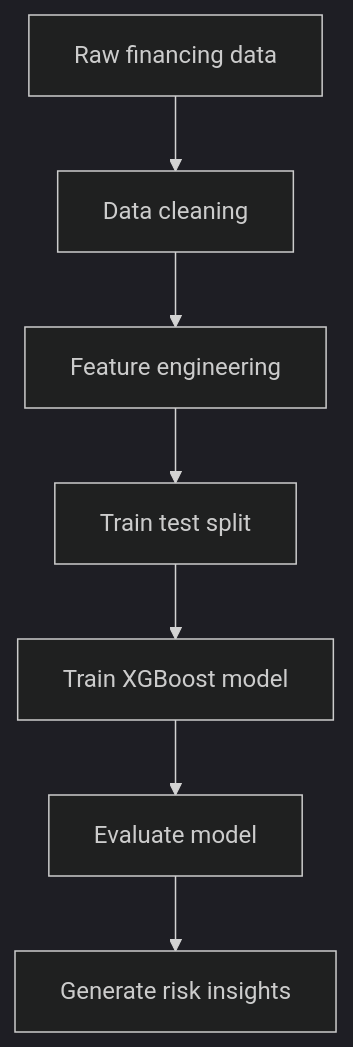
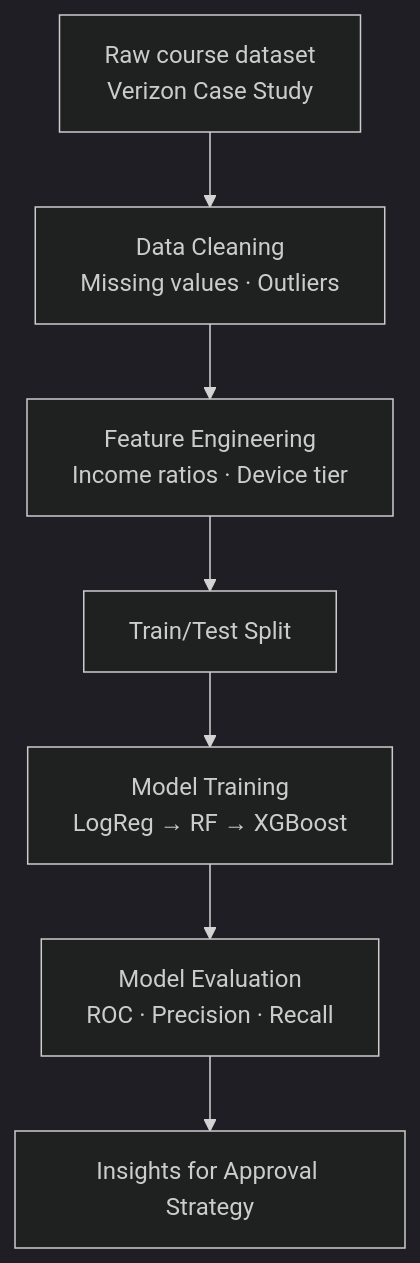
One commit to RachelFu886/ux-research-portfolio changed the diagram in credit-risk-xgboost/README.md. Above: the diagram before and after it, drawn with Mermaid (dark theme). The commit also changed other lines of this file, not shown here.

````diff
--- a/credit-risk-xgboost/README.md
+++ b/credit-risk-xgboost/README.md
@@ -20,9 +35,9 @@
 ```mermaid
 flowchart TD
-    A[Raw financing data] --> B[Data cleaning]
-    B --> C[Feature engineering]
-    C --> D[Train test split]
-    D --> E[Train XGBoost model]
-    E --> F[Evaluate model]
-    F --> G[Generate risk insights]
+    A[Raw course dataset<br/>Verizon Case Study] --> B[Data Cleaning<br/>Missing values · Outliers]
+    B --> C[Feature Engineering<br/>Income ratios · Device tier]
+    C --> D[Train/Test Split]
+    D --> E[Model Training<br/>LogReg → RF → XGBoost]
+    E --> F[Model Evaluation<br/>ROC · Precision · Recall]
+    F --> G[Insights for Approval Strategy]
 ```
````
